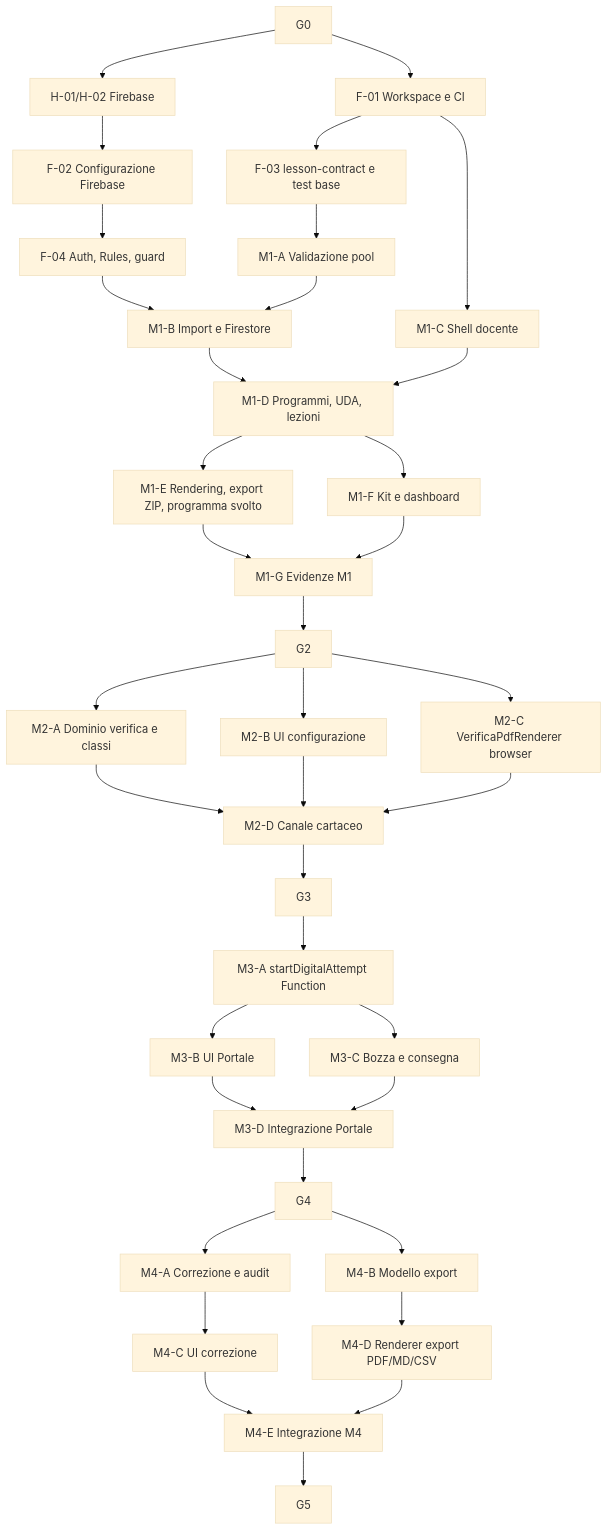
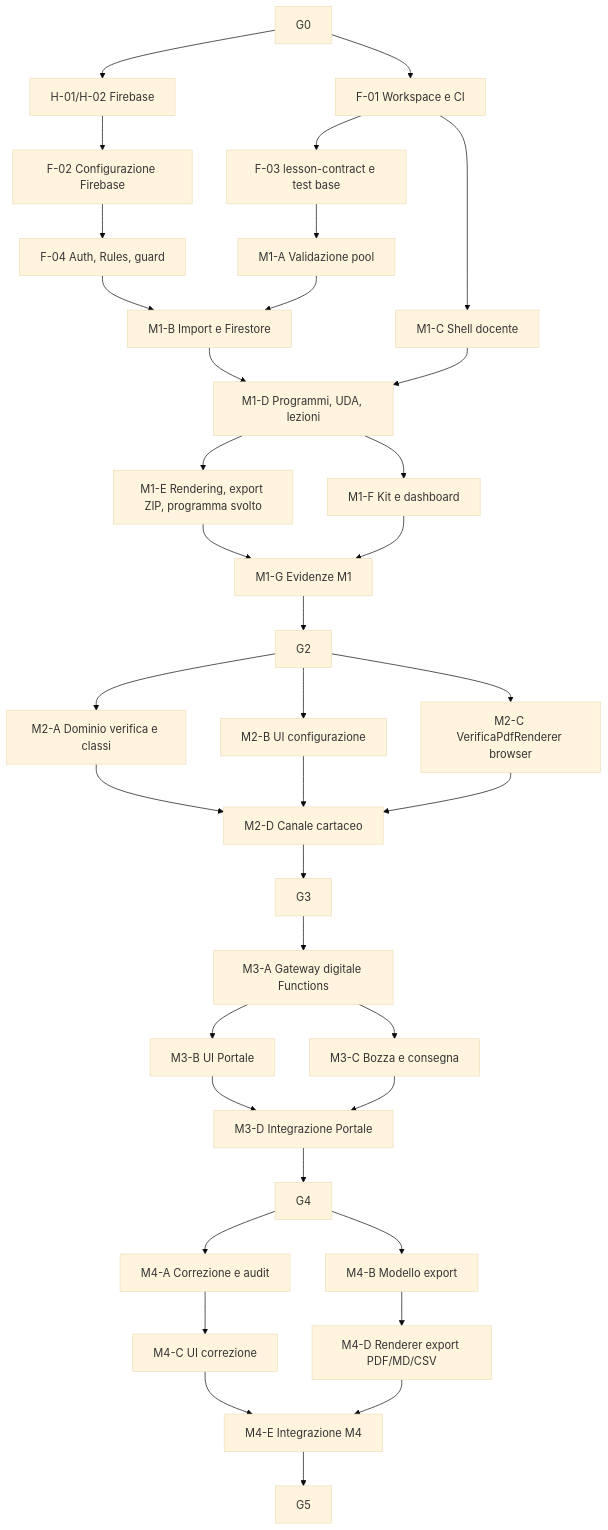
The diagram in documentazione/piano-implementazione.md (EnricoPaparo/SchoolForge), drawn with Mermaid (base theme) before and after one commit. The commit also changed other lines of this file and 15 other files, not shown here.

````diff
--- a/documentazione/piano-implementazione.md
+++ b/documentazione/piano-implementazione.md
@@ -110,39 +110,39 @@
 ```mermaid
 flowchart TD
     G0 --> F1["F-01 Workspace e CI"]
     G0 --> H1["H-01/H-02 Firebase"]
     H1 --> F2["F-02 Configurazione Firebase"]
     F1 --> F3["F-03 lesson-contract e test base"]
     F2 --> F4["F-04 Auth, Rules, guard"]
     F3 --> M1A["M1-A Validazione pool"]
     F4 --> M1B["M1-B Import e Firestore"]
     M1A --> M1B
     F1 --> M1C["M1-C Shell docente"]
     M1B --> M1D["M1-D Programmi, UDA, lezioni"]
     M1C --> M1D
     M1D --> M1E["M1-E Rendering, export ZIP, programma svolto"]
     M1D --> M1F["M1-F Kit e dashboard"]
     M1E --> M1G["M1-G Evidenze M1"]
     M1F --> M1G
     M1G --> G2
     G2 --> M2A["M2-A Dominio verifica e classi"]
     G2 --> M2B["M2-B UI configurazione"]
     G2 --> M2C["M2-C VerificaPdfRenderer browser"]
     M2A --> M2D["M2-D Canale cartaceo"]
     M2B --> M2D
     M2C --> M2D
     M2D --> G3
-    G3 --> M3A["M3-A startDigitalAttempt Function"]
+    G3 --> M3A["M3-A Gateway digitale Functions"]
     M3A --> M3B["M3-B UI Portale"]
     M3A --> M3C["M3-C Bozza e consegna"]
     M3B --> M3D["M3-D Integrazione Portale"]
     M3C --> M3D
     M3D --> G4
     G4 --> M4A["M4-A Correzione e audit"]
     G4 --> M4B["M4-B Modello export"]
     M4A --> M4C["M4-C UI correzione"]
     M4B --> M4D["M4-D Renderer export PDF/MD/CSV"]
     M4C --> M4E["M4-E Integrazione M4"]
     M4D --> M4E
     M4E --> G5
 ```
````
